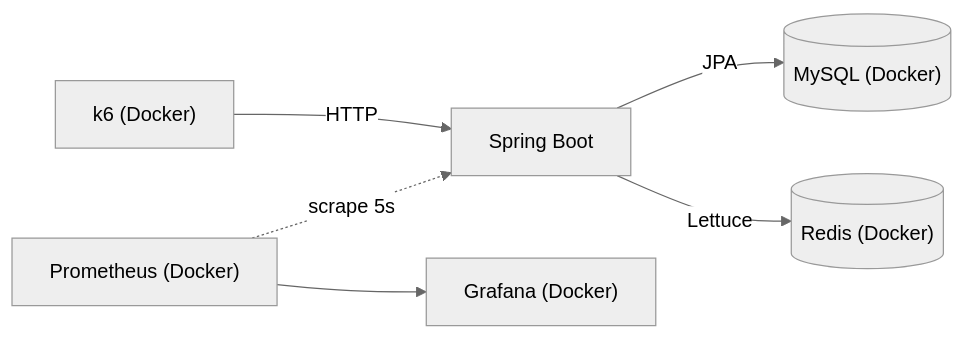
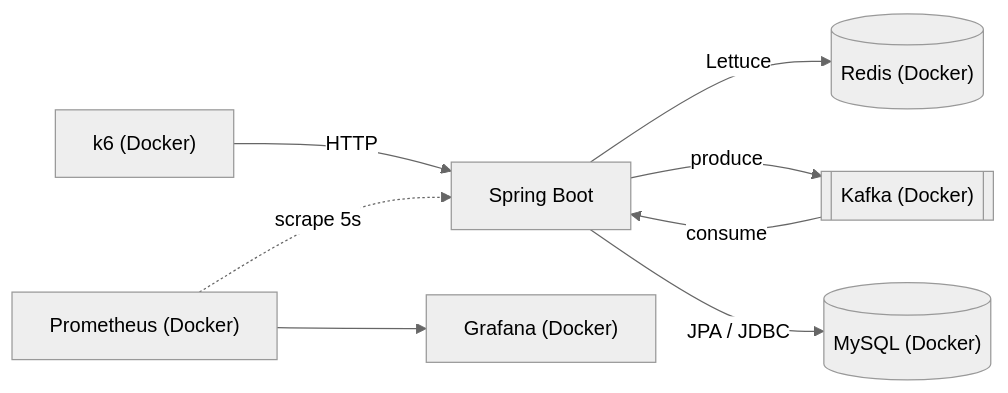
One commit to Dev-sungmin/coupon-lab changed the diagram in README.md. Above: the diagram before and after it, drawn with Mermaid (neutral theme). The commit also changed other lines of this file and 4 other files, not shown here.

`````diff
--- a/README.md
+++ b/README.md
@@ -84,8 +88,10 @@
 ````mermaid
 flowchart LR
     k6["k6 (Docker)"] -->|HTTP| app["Spring Boot"]
-    app -->|JPA| mysql[("MySQL (Docker)")]
     app -->|Lettuce| redis[("Redis (Docker)")]
+    app -->|produce| kafka[["Kafka (Docker)"]]
+    kafka -->|consume| app
+    app -->|JPA / JDBC| mysql[("MySQL (Docker)")]
     prom["Prometheus (Docker)"] -.->|scrape 5s| app
     prom --> grafana["Grafana (Docker)"]
 ````
`````
